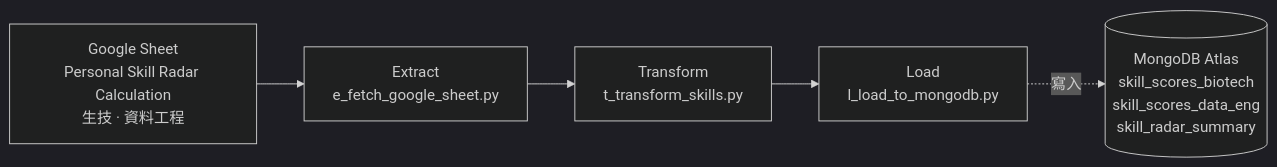
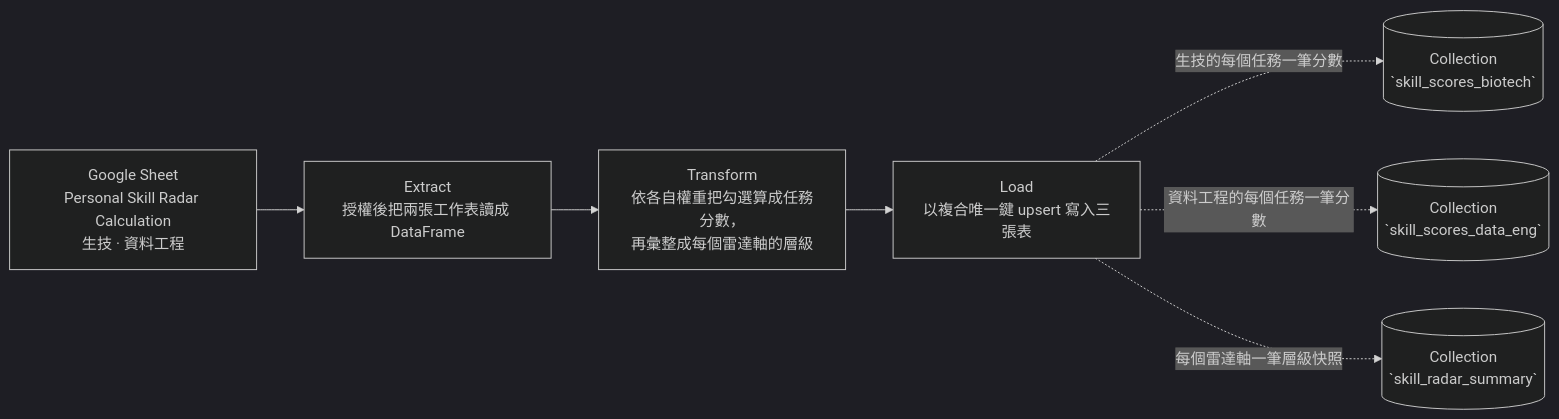
One commit to Jessie-Lin-810630/personnel_skill_library changed the diagram in task05_googlesheet_skill_etl/README.md. Above: the diagram before and after it, drawn with Mermaid (dark theme). The commit also changed other lines of this file and 8 other files, not shown here.

Commit message:
docs:revise task-level READMEs to align data flow and schema with implementation

````diff
--- a/task05_googlesheet_skill_etl/README.md
+++ b/task05_googlesheet_skill_etl/README.md
@@ -29,7 +31,9 @@
 ```mermaid
 flowchart LR
-    A[Google Sheet<br/>Personal Skill Radar Calculation<br/>生技 · 資料工程] --> B[Extract<br/>e_fetch_google_sheet.py]
-    B --> C[Transform<br/>t_transform_skills.py]
-    C --> D[Load<br/>l_load_to_mongodb.py]
-    D -. 寫入 .-> E[(MongoDB Atlas<br/>skill_scores_biotech<br/>skill_scores_data_eng<br/>skill_radar_summary)]
+    A[Google Sheet<br/>Personal Skill Radar Calculation<br/>生技 · 資料工程] --> B[Extract<br/>授權後把兩張工作表讀成 DataFrame]
+    B --> C[Transform<br/>依各自權重把勾選算成任務分數，<br/>再彙整成每個雷達軸的層級]
+    C --> D[Load<br/>以複合唯一鍵 upsert 寫入三張表]
+    D -. 生技的每個任務一筆分數 .-> E[(Collection<br/>`skill_scores_biotech`)]
+    D -. 資料工程的每個任務一筆分數 .-> F[(Collection<br/>`skill_scores_data_eng`)]
+    D -. 每個雷達軸一筆層級快照 .-> G[(Collection<br/>`skill_radar_summary`)]
 ```
````
